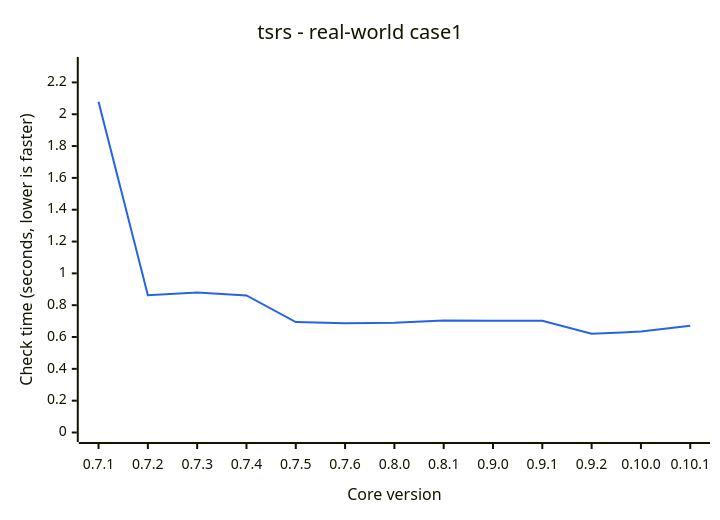
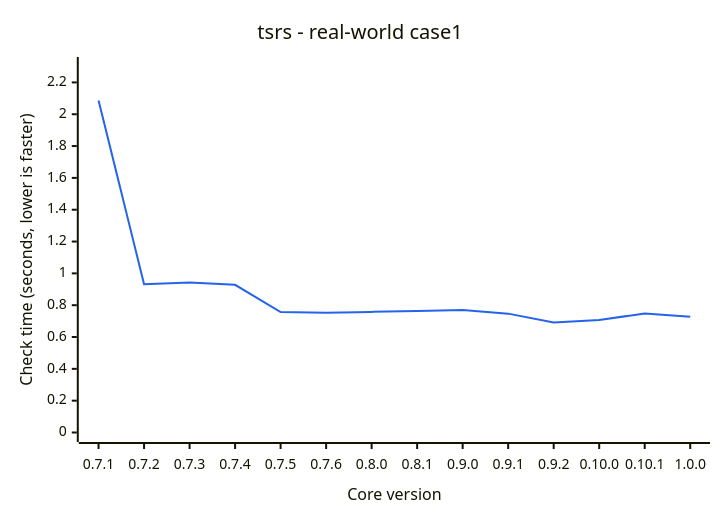
The diagram in README.md (ismailkarsli/TypeSQL), drawn with Mermaid before and after one commit. The commit also changed other lines of this file and 28 other files, not shown here.

````diff
--- a/README.md
+++ b/README.md
@@ -72,13 +72,13 @@
 ```mermaid
 ---
 config:
   themeVariables:
     xyChart:
       plotColorPalette: "#2563eb"
 ---
 xychart-beta
     title "tsrs - real-world case1"
-    x-axis "Core version" ["0.7.1", "0.7.2", "0.7.3", "0.7.4", "0.7.5", "0.7.6", "0.8.0", "0.8.1", "0.9.0", "0.9.1", "0.9.2", "0.10.0", "0.10.1"]
+    x-axis "Core version" ["0.7.1", "0.7.2", "0.7.3", "0.7.4", "0.7.5", "0.7.6", "0.8.0", "0.8.1", "0.9.0", "0.9.1", "0.9.2", "0.10.0", "0.10.1", "1.0.0"]
     y-axis "Check time (seconds, lower is faster)" 0 --> 2.3
-    line [2.078, 0.863, 0.879, 0.861, 0.694, 0.687, 0.69, 0.704, 0.703, 0.702, 0.62, 0.634, 0.671]
+    line [2.087, 0.932, 0.943, 0.928, 0.757, 0.752, 0.758, 0.764, 0.77, 0.747, 0.691, 0.707, 0.748, 0.727]
 ```
````
